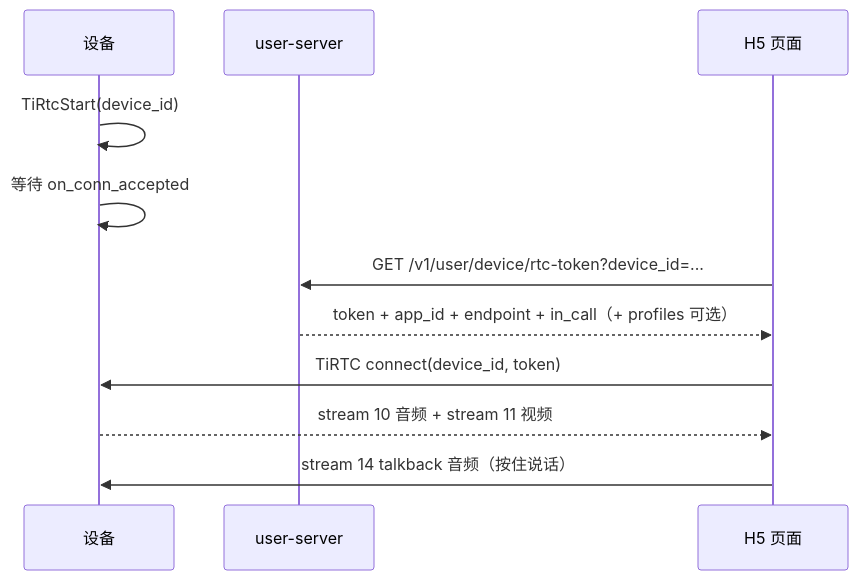
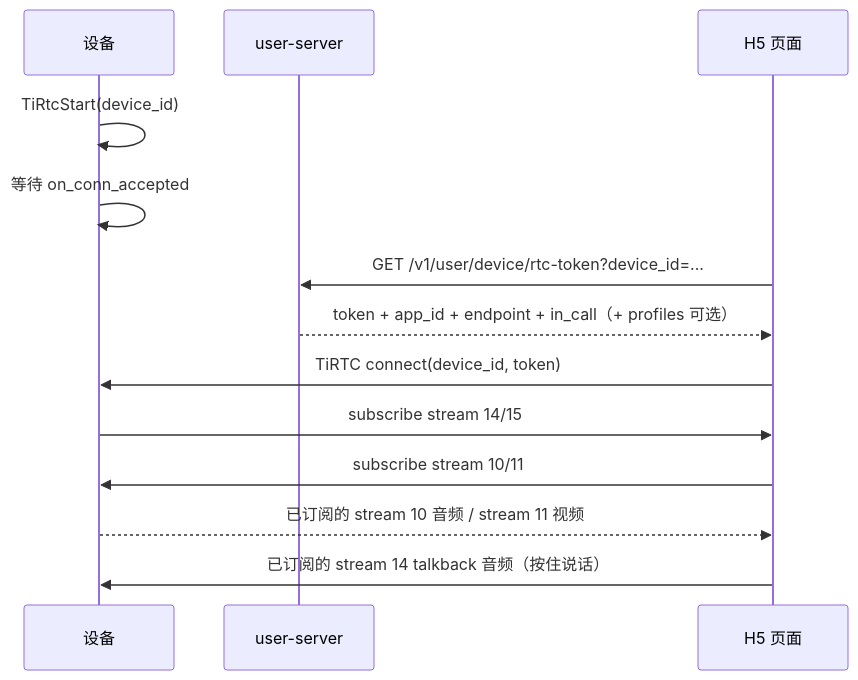
One commit to tangeai/tirtc-server-example changed the diagram in thing-connect/device-h5-live.md. Above: the diagram before and after it, drawn with Mermaid. The commit also changed other lines of this file and 26 other files, not shown here.

````diff
--- a/thing-connect/device-h5-live.md
+++ b/thing-connect/device-h5-live.md
@@ -82,16 +83,18 @@
 ```mermaid
 sequenceDiagram
     participant DEV as 设备
     participant US as user-server
     participant H5 as H5 页面
 
     DEV->>DEV: TiRtcStart(device_id)
     DEV->>DEV: 等待 on_conn_accepted
 
     H5->>US: GET /v1/user/device/rtc-token?device_id=...
     US-->>H5: token + app_id + endpoint + in_call（+ profiles 可选）
     H5->>DEV: TiRTC connect(device_id, token)
 
-    DEV-->>H5: stream 10 音频 + stream 11 视频
-    H5->>DEV: stream 14 talkback 音频（按住说话）
+    DEV->>H5: subscribe stream 14/15
+    H5->>DEV: subscribe stream 10/11
+    DEV-->>H5: 已订阅的 stream 10 音频 / stream 11 视频
+    H5->>DEV: 已订阅的 stream 14 talkback 音频（按住说话）
 ```
````
